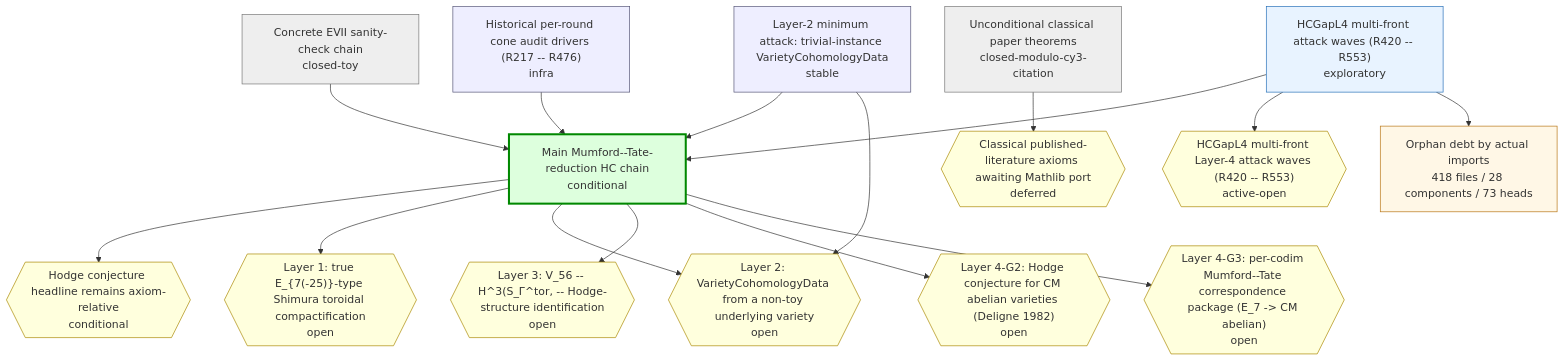
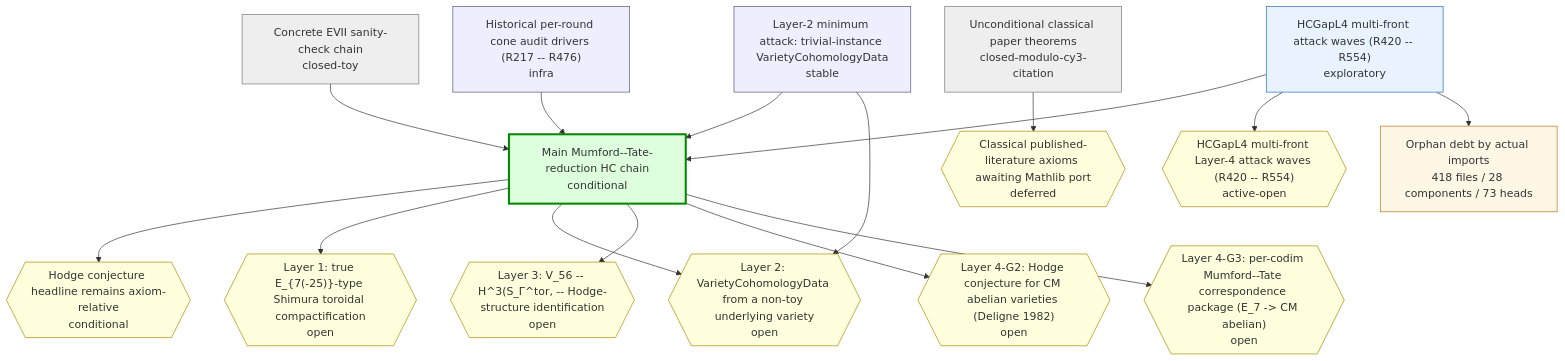
One commit to crabsatellite/hodge-conjecture-lean4-formalization changed the first of 2 diagrams in chain-status/research-map.md. Above: the diagram before and after it, drawn with Mermaid. The commit also changed other lines of this file and 9 other files, not shown here.

````diff
--- a/chain-status/research-map.md
+++ b/chain-status/research-map.md
@@ -45,44 +45,44 @@
 ```mermaid
 graph TD
   classDef main fill:#dfd,stroke:#080,stroke-width:3px
   classDef active fill:#e8f3ff,stroke:#2670b8
   classDef support fill:#eef,stroke:#557
   classDef closed fill:#eee,stroke:#777
   classDef dead fill:#fdd,stroke:#a00,stroke-width:2px
   classDef gapOpen fill:#ffd,stroke:#a80
   classDef gapClosed fill:#eee,stroke:#777
   classDef gapDead fill:#fdd,stroke:#a00
   classDef debt fill:#fff7e6,stroke:#b87514
   classDef debtTaxonomy fill:#e8f3ff,stroke:#2670b8,stroke-dasharray:3 3
   classDef debtRule fill:#eefbea,stroke:#398439,stroke-dasharray:3 3
   classDef debtDead fill:#fdd,stroke:#a00,stroke-dasharray:3 3
   chain_main_hc_axiom_relative["Main Mumford--Tate-reduction HC chain\nconditional"]:::main
   chain_unconditional_classical["Unconditional classical paper theorems\nclosed-modulo-cy3-citation"]:::closed
   chain_hcgap_l2_trivial_instances["Layer-2 minimum attack: trivial-instance VarietyCohomologyData\nstable"]:::support
-  chain_hcgap_l4_multifront_active["HCGapL4 multi-front attack waves (R420 -- R553)\nexploratory"]:::active
+  chain_hcgap_l4_multifront_active["HCGapL4 multi-front attack waves (R420 -- R554)\nexploratory"]:::active
   chain_concrete_evii_toy["Concrete EVII sanity-check chain\nclosed-toy"]:::closed
   chain_historical_cone_audits["Historical per-round cone audit drivers (R217 -- R476)\ninfra"]:::support
   gap_G_main_hc{{"Hodge conjecture headline remains axiom-relative\nconditional"}}:::gapOpen
   gap_G_l1_e7_shimura_tor{{"Layer 1: true E_{7(-25)}-type Shimura toroidal compactification\nopen"}}:::gapOpen
   gap_G_l2_cohomology_construction{{"Layer 2: VarietyCohomologyData from a non-toy underlying variety\nopen"}}:::gapOpen
   gap_G_l3_v56_mt_identification{{"Layer 3: V_56 -- H^3(S_Γ^tor, -- Hodge-structure identification\nopen"}}:::gapOpen
   gap_G_l4_cm_abelian_hc{{"Layer 4-G2: Hodge conjecture for CM abelian varieties (Deligne 1982)\nopen"}}:::gapOpen
   gap_G_l4_mt_correspondence{{"Layer 4-G3: per-codim Mumford--Tate correspondence package (E_7 -> CM abelian)\nopen"}}:::gapOpen
   gap_G_classical_mathlib_port{{"Classical published-literature axioms awaiting Mathlib port\ndeferred"}}:::gapOpen
-  gap_G_hcgap_l4_multifront{{"HCGapL4 multi-front Layer-4 attack waves (R420 -- R553)\nactive-open"}}:::gapOpen
+  gap_G_hcgap_l4_multifront{{"HCGapL4 multi-front Layer-4 attack waves (R420 -- R554)\nactive-open"}}:::gapOpen
   chain_main_hc_axiom_relative --> gap_G_main_hc
   chain_main_hc_axiom_relative --> gap_G_l1_e7_shimura_tor
   chain_main_hc_axiom_relative --> gap_G_l2_cohomology_construction
   chain_main_hc_axiom_relative --> gap_G_l3_v56_mt_identification
   chain_main_hc_axiom_relative --> gap_G_l4_cm_abelian_hc
   chain_main_hc_axiom_relative --> gap_G_l4_mt_correspondence
   chain_unconditional_classical --> gap_G_classical_mathlib_port
   chain_hcgap_l2_trivial_instances --> chain_main_hc_axiom_relative
   chain_hcgap_l2_trivial_instances --> gap_G_l2_cohomology_construction
   chain_hcgap_l4_multifront_active --> chain_main_hc_axiom_relative
   chain_hcgap_l4_multifront_active --> gap_G_hcgap_l4_multifront
   chain_concrete_evii_toy --> chain_main_hc_axiom_relative
   chain_historical_cone_audits --> chain_main_hc_axiom_relative
   debt_all["Orphan debt by actual imports\n418 files / 28 components / 73 heads"]:::debt
   chain_hcgap_l4_multifront_active --> debt_all
 ```
````
